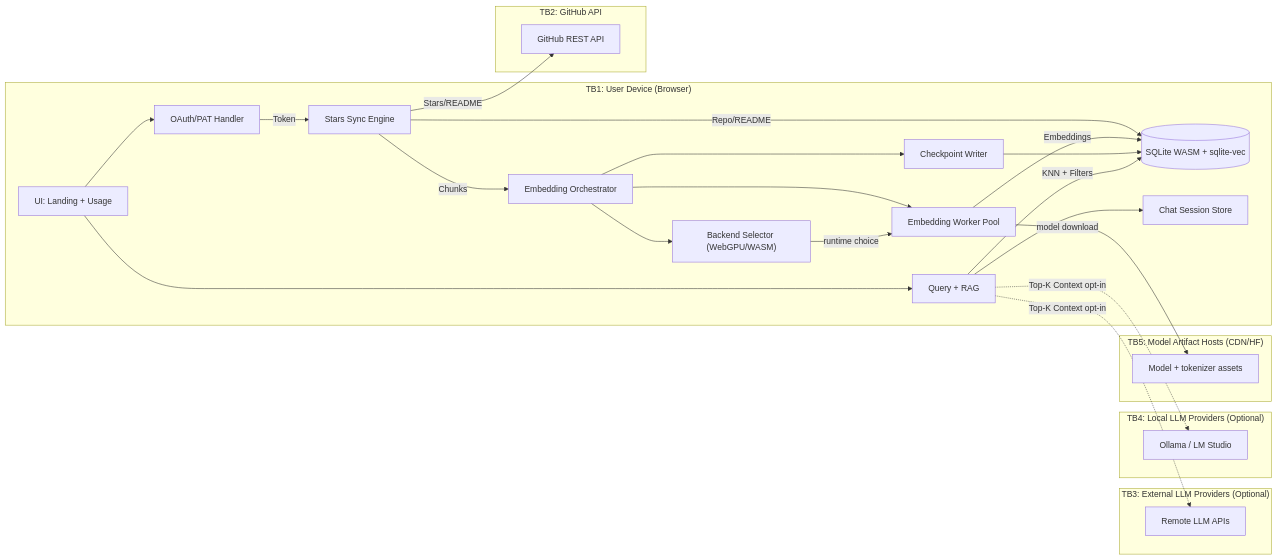
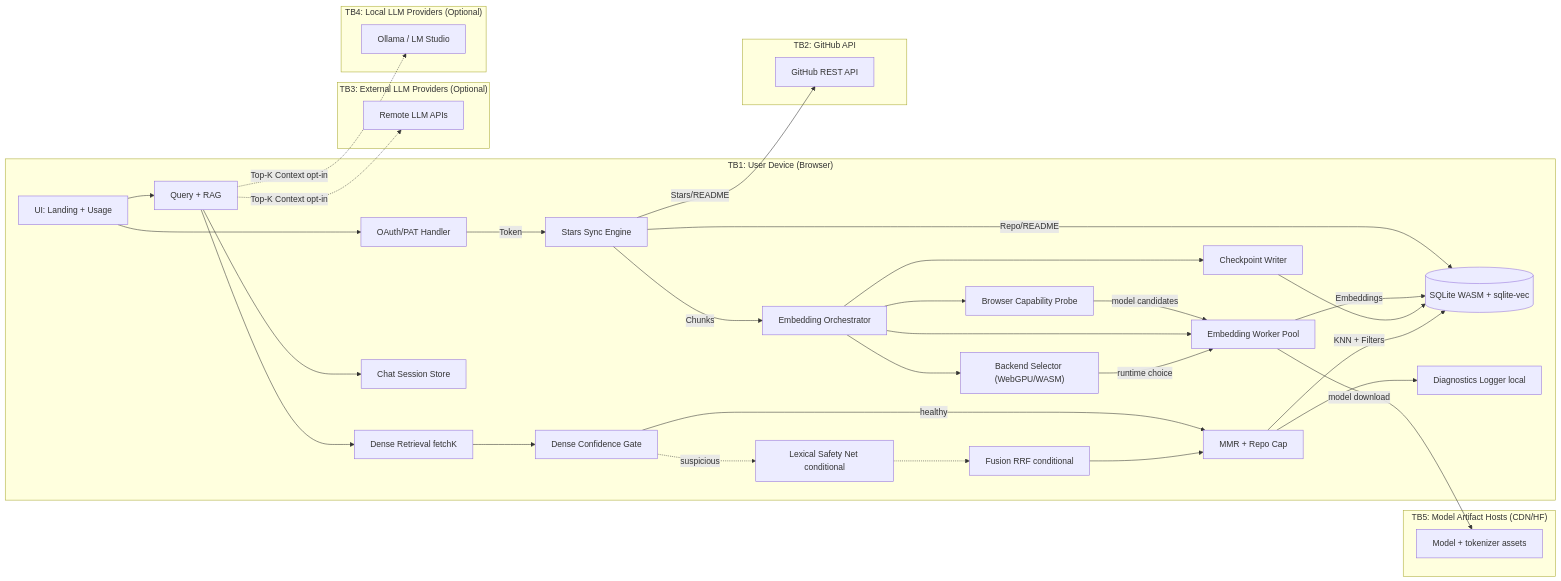
One commit to Abhinandan-Khurana/GitStarRecall changed the first of 2 diagrams in docs/dfd-diagrams.md. Above: the diagram before and after it, drawn with Mermaid. The commit also changed other lines of this file and 9 other files, not shown here.

Commit message:
docs: align architecture and usage guides with embedding capability and security updates

````diff
--- a/docs/dfd-diagrams.md
+++ b/docs/dfd-diagrams.md
@@ -16,49 +16,65 @@
 ```mermaid
 flowchart LR
   subgraph TB1["TB1: User Device (Browser)"]
     UI[UI: Landing + Usage]
     Auth[OAuth/PAT Handler]
     Sync[Stars Sync Engine]
     Orchestrator[Embedding Orchestrator]
     Pool[Embedding Worker Pool]
+    CapProbe[Browser Capability Probe]
     Selector["Backend Selector (WebGPU/WASM)"]
     Checkpoint[Checkpoint Writer]
     DB[(SQLite WASM + sqlite-vec)]
     Chat[Chat Session Store]
     Query[Query + RAG]
+    Dense[Dense Retrieval fetchK]
+    Gate[Dense Confidence Gate]
+    Lex[Lexical Safety Net conditional]
+    Fuse[Fusion RRF conditional]
+    Diversify[MMR + Repo Cap]
+    Diag[Diagnostics Logger local]
   end
 
   subgraph TB2["TB2: GitHub API"]
     GH[GitHub REST API]
   end
 
   subgraph TB3["TB3: External LLM Providers (Optional)"]
     LLM[Remote LLM APIs]
   end
 
   subgraph TB4["TB4: Local LLM Providers (Optional)"]
     LocalLLM[Ollama / LM Studio]
   end
 
   subgraph TB5["TB5: Model Artifact Hosts (CDN/HF)"]
     ModelCDN["Model + tokenizer assets"]
   end
 
   UI --> Auth
   Auth -->|Token| Sync
   Sync -->|Stars/README| GH
   Sync -->|Repo/README| DB
   Sync -->|Chunks| Orchestrator
+  Orchestrator --> CapProbe
+  CapProbe -->|model candidates| Pool
   Orchestrator --> Selector
   Orchestrator --> Pool
   Pool -->|Embeddings| DB
   Orchestrator --> Checkpoint
   Checkpoint --> DB
   Selector -->|runtime choice| Pool
   Pool -->|model download| ModelCDN
-  Query -->|KNN + Filters| DB
+  Query --> Dense
+  Dense --> Gate
+  Gate -->|healthy| Diversify
+  Gate -.->|suspicious| Lex
+  Lex -.-> Fuse
+  Fuse --> Diversify
+  Diversify -->|KNN + Filters| DB
+  Diversify --> Diag
   UI --> Query
   Query --> Chat
   Query -.->|Top-K Context opt-in| LLM
   Query -.->|Top-K Context opt-in| LocalLLM
 ```
````
